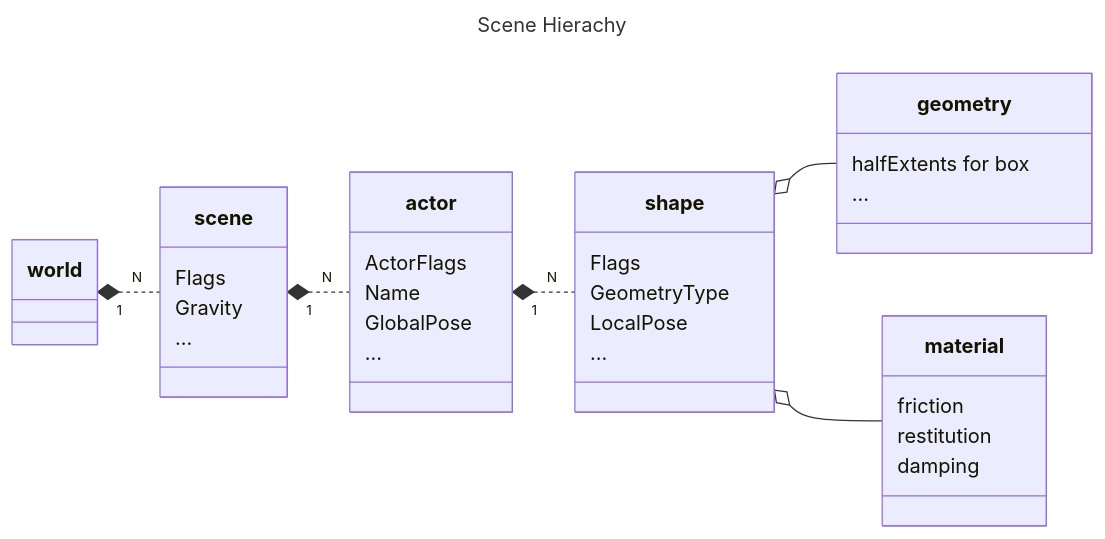
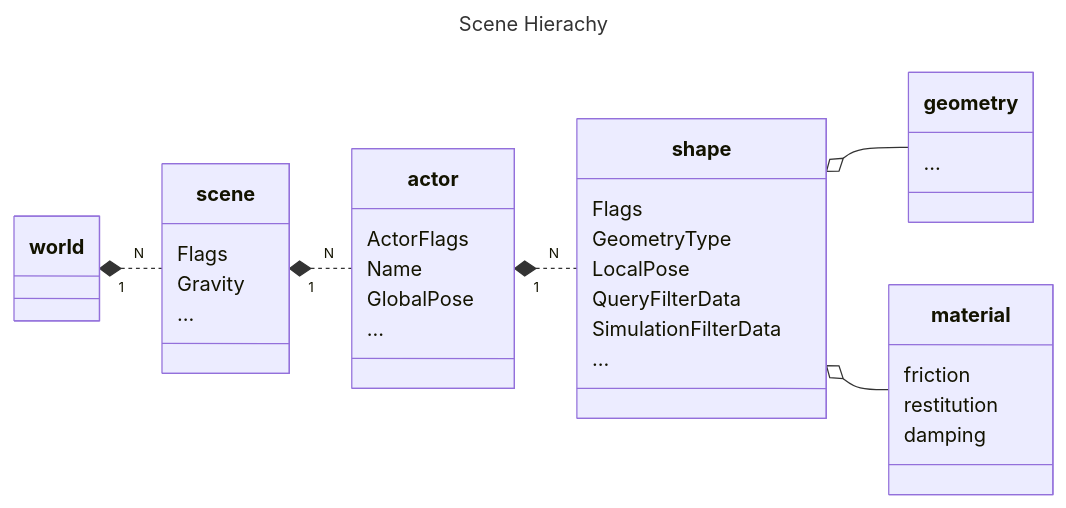
Before and after one commit to pps43/pps43.github.io: the first of 2 diagrams in content/posts/using_physx_scenequery.md, drawn with Mermaid. The commit also changed other lines of this file and 2 other files, not shown here.

````diff
--- a/content/posts/using_physx_scenequery.md
+++ b/content/posts/using_physx_scenequery.md
@@ -27,42 +23,43 @@
 ```mermaid
 ---
 title: Scene Hierachy
 ---
 classDiagram
 direction LR
 
 class world
 class scene {
     Flags
     Gravity
     ...
 }
 class actor {
     ActorFlags
     Name
     GlobalPose
     ...
 }
 class shape {
     Flags
     GeometryType
     LocalPose
+    QueryFilterData
+    SimulationFilterData
     ...
 }
 class geometry {
-    halfExtents for box
     ...
 }
 class material {
     friction
     restitution
     damping
 }
 
 world "1"*.. "N"scene
 scene "1"*.. "N"actor
 actor "1"*.. "N"shape
 shape o--geometry
 shape o--material
 
 ```
````
